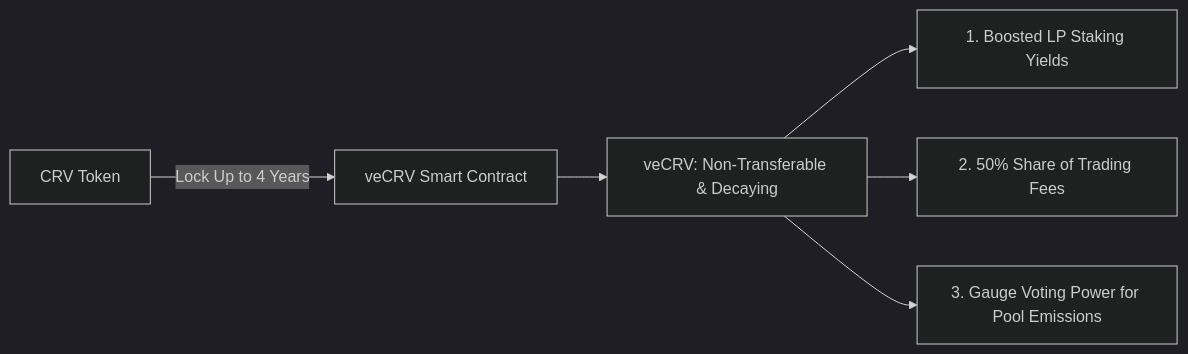
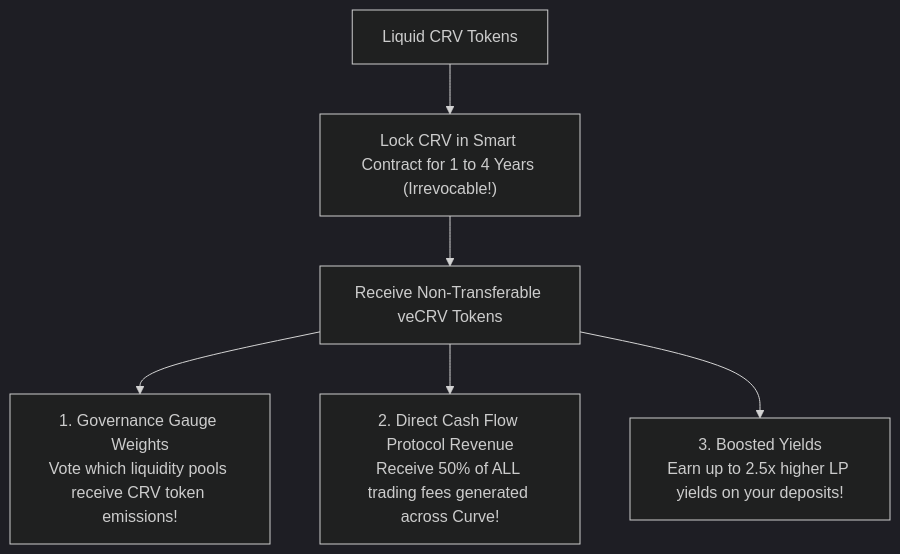
Before and after one commit to ub-society/modules: the sixth of 6 diagrams in docs/learn/fundamentals/05-decentralized-systems/04-tokenomics-and-economic-incentive-design.md, drawn with Mermaid (dark theme). The commit also changed other lines of this file and 4 other files, not shown here.

````diff
--- a/docs/learn/fundamentals/05-decentralized-systems/04-tokenomics-and-economic-incentive-design.md
+++ b/docs/learn/fundamentals/05-decentralized-systems/04-tokenomics-and-economic-incentive-design.md
@@ -104,8 +134,9 @@
 ```mermaid
-flowchart LR
-    Token[CRV Token] -->|Lock Up to 4 Years| Contract[veCRV Smart Contract]
-    Contract --> NonTransferable["veCRV: Non-Transferable & Decaying"]
-    NonTransferable --> Boost[1. Boosted LP Staking Yields]
-    NonTransferable --> Fees[2. 50% Share of Trading Fees]
-    NonTransferable --> Gauges[3. Gauge Voting Power for Pool Emissions]
+flowchart TD
+    CRV["Liquid CRV Tokens"] --> Lock["Lock CRV in Smart Contract for 1 to 4 Years (Irrevocable!)"]
+    Lock --> veCRV["Receive Non-Transferable veCRV Tokens"]
+
+    veCRV --> Power1["1. Governance Gauge Weights<br/>Vote which liquidity pools receive CRV token emissions!"]
+    veCRV --> Power2["2. Direct Cash Flow Protocol Revenue<br/>Receive 50% of ALL trading fees generated across Curve!"]
+    veCRV --> Power3["3. Boosted Yields<br/>Earn up to 2.5x higher LP yields on your deposits!"]
 ```
````
